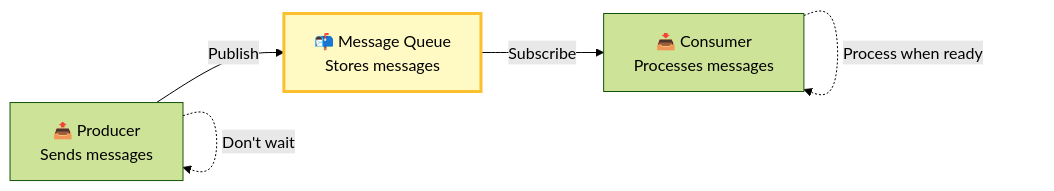
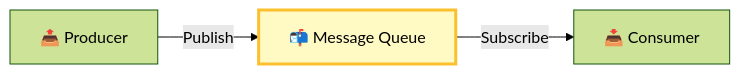
One commit to p1kmr/for-reading changed the first of 11 diagrams in HLD/foundation/04_message-queues.md. Above: the diagram before and after it, drawn with Mermaid (forest theme). The commit also changed other lines of this file and 2 other files, not shown here.

Commit message:
Fix Mermaid rendering issues in Databases and Message Queues guides by simplifying complex diagrams

````diff
--- a/HLD/foundation/04_message-queues.md
+++ b/HLD/foundation/04_message-queues.md
@@ -13,14 +13,11 @@
 ```mermaid
 graph LR
-    Producer[📤 Producer<br/>Sends messages]
-    Queue[📬 Message Queue<br/>Stores messages]
-    Consumer[📥 Consumer<br/>Processes messages]
+    Producer[📤 Producer]
+    Queue[📬 Message Queue]
+    Consumer[📥 Consumer]
 
     Producer -->|Publish| Queue
     Queue -->|Subscribe| Consumer
 
-    Producer -.Don't wait.-> Producer
-    Consumer -.Process when ready.-> Consumer
-
     style Queue fill:#fff9c4,stroke:#fbc02d,stroke-width:3px
 ```
````
